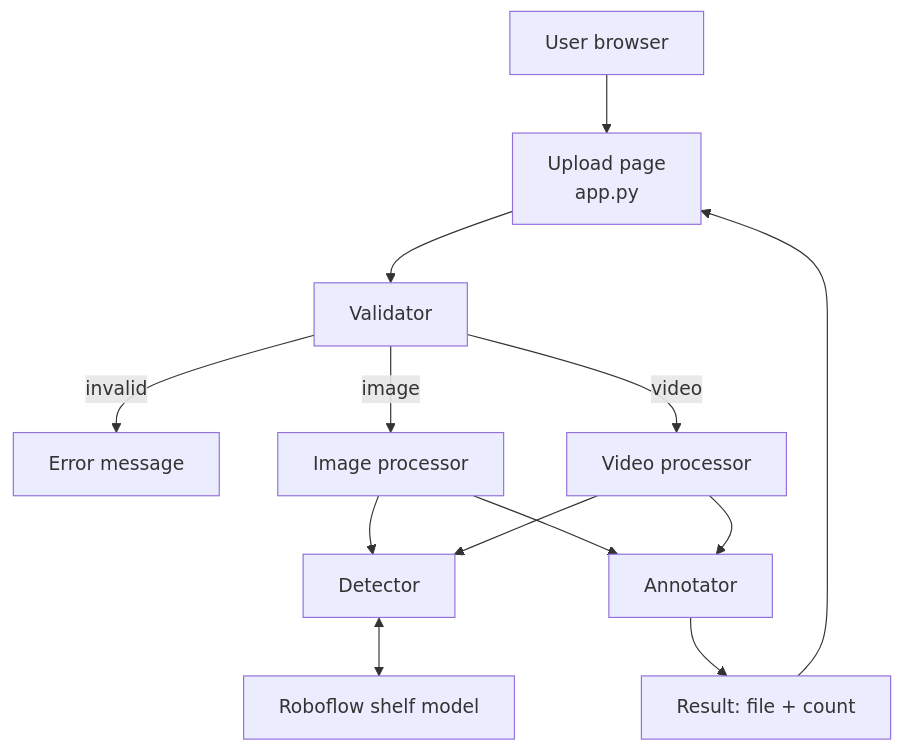
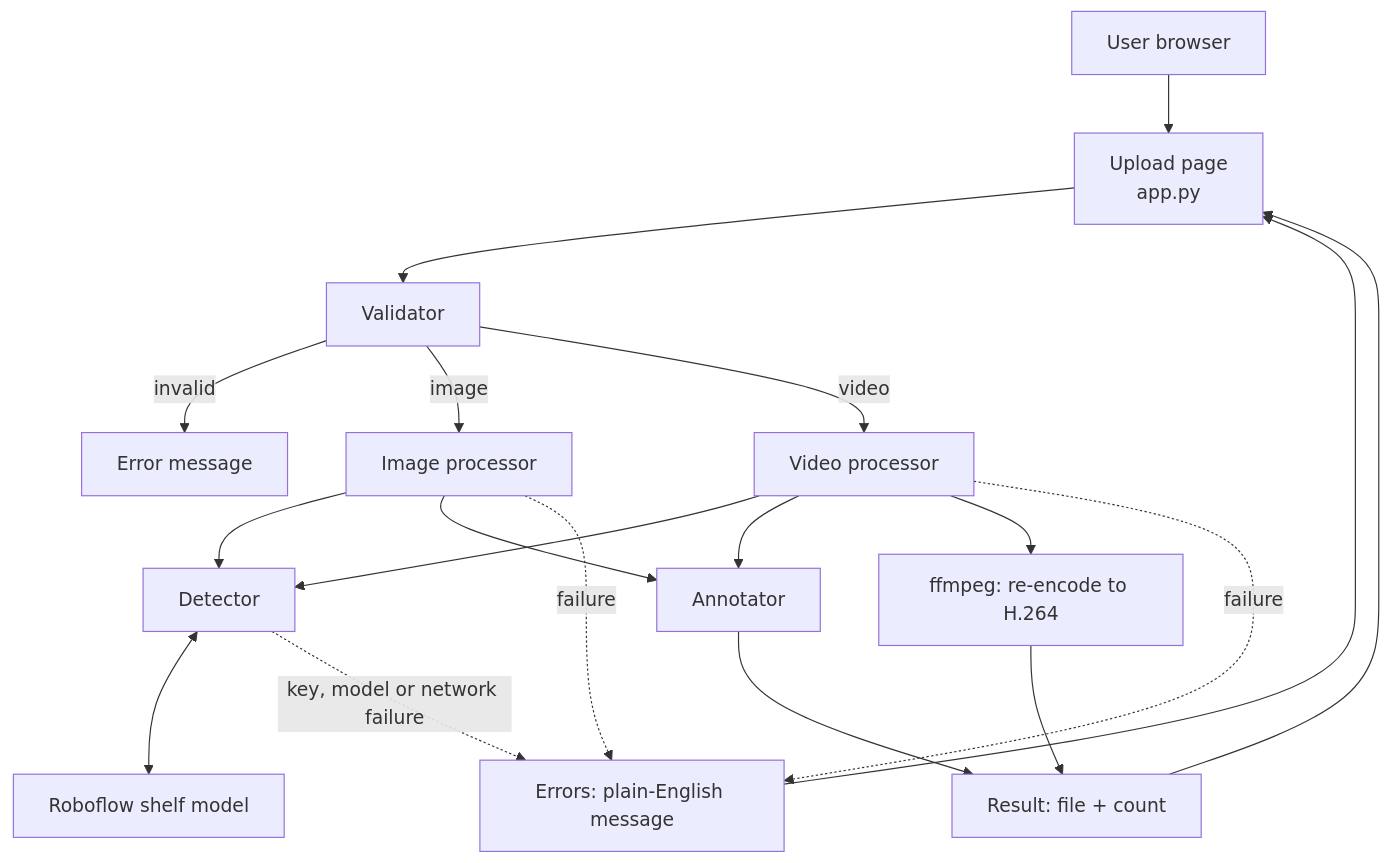
Before and after one commit to Rahat-Sultan/shelf-counter: the first of 4 diagrams in docs/ARCHITECTURE.md, drawn with Mermaid. The commit also changed other lines of this file and 6 other files, not shown here.

````diff
--- a/docs/ARCHITECTURE.md
+++ b/docs/ARCHITECTURE.md
@@ -23,15 +23,21 @@
 ```mermaid
 flowchart TD
     U[User browser] --> UI[Upload page<br/>app.py]
     UI --> V[Validator]
     V -->|invalid| E[Error message]
     V -->|image| IP[Image processor]
     V -->|video| VP[Video processor]
     IP --> D[Detector]
     VP --> D
     D <--> RF[Roboflow shelf model]
     IP --> A[Annotator]
     VP --> A
+    VP --> FF[ffmpeg: re-encode to H.264]
     A --> R[Result: file + count]
+    FF --> R
     R --> UI
+    IP -.->|failure| ER[Errors: plain-English message]
+    VP -.->|failure| ER
+    D -.->|key, model or network failure| ER
+    ER --> UI
 ```
````
